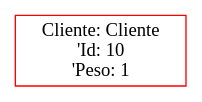
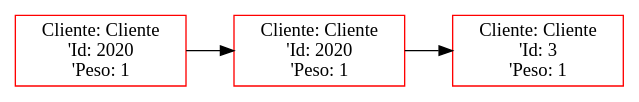
The diagram in Proyecto1/Proyecto1_202200089/Main/pequena.dot (FranklinONP/EDD_PROYECTO_202200089), drawn with Graphviz before and after one commit. The commit also changed 10 other files, not shown here.

```diff
--- a/Proyecto1/Proyecto1_202200089/Main/pequena.dot
+++ b/Proyecto1/Proyecto1_202200089/Main/pequena.dot
@@ -1,4 +1,8 @@
  digraph G {
  rankdir=LR;
- node0 [label="Cliente: Cliente\n'Id: 10\n'Peso: 1", color="red", shape="rectangle"];
+ node0 [label="Cliente: Cliente\n'Id: 2020\n'Peso: 1", color="red", shape="rectangle"];
+ node1 [label="Cliente: Cliente\n'Id: 2020\n'Peso: 1", color="red", shape="rectangle"];
+ node0 -> node1 [dir="forward"];
+ node2 [label="Cliente: Cliente\n'Id: 3\n'Peso: 1", color="red", shape="rectangle"];
+ node1 -> node2 [dir="forward"];
  }
```
